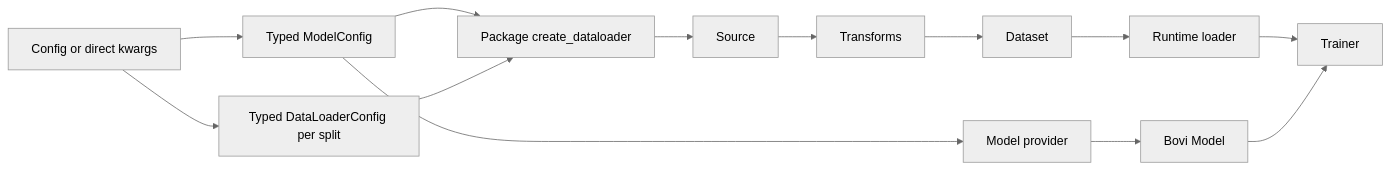
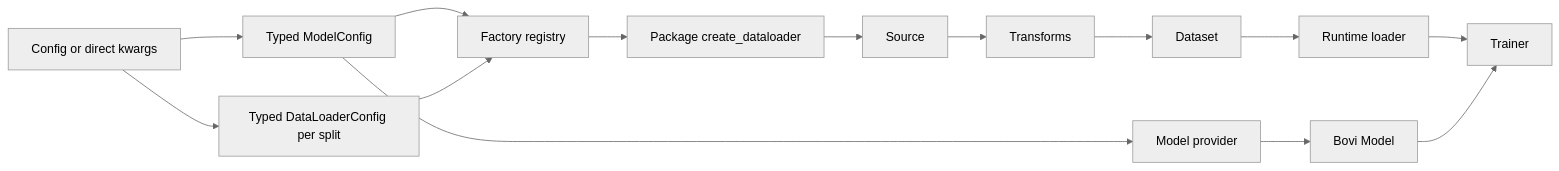
The third of 6 diagrams in docs/documentation/bovi-core-package.md (Bovi-analytics/bovi), drawn with Mermaid (neutral theme) before and after one commit. The commit also changed other lines of this file and 26 other files, not shown here.

Commit message:
add dataloader factory discovery

````diff
--- a/docs/documentation/bovi-core-package.md
+++ b/docs/documentation/bovi-core-package.md
@@ -406,15 +421,16 @@
 ```mermaid
 flowchart LR
     C[Config or direct kwargs] --> MC[Typed ModelConfig]
     C --> DC[Typed DataLoaderConfig per split]
-    MC --> F[Package create_dataloader]
-    DC --> F
+    MC --> R[Factory registry]
+    DC --> R
+    R --> F[Package create_dataloader]
     F --> S[Source]
     S --> T[Transforms]
     T --> D[Dataset]
     D --> L[Runtime loader]
     L --> TR[Trainer]
     MC --> MP[Model provider]
     MP --> M[Bovi Model]
     M --> TR
 ```
````
